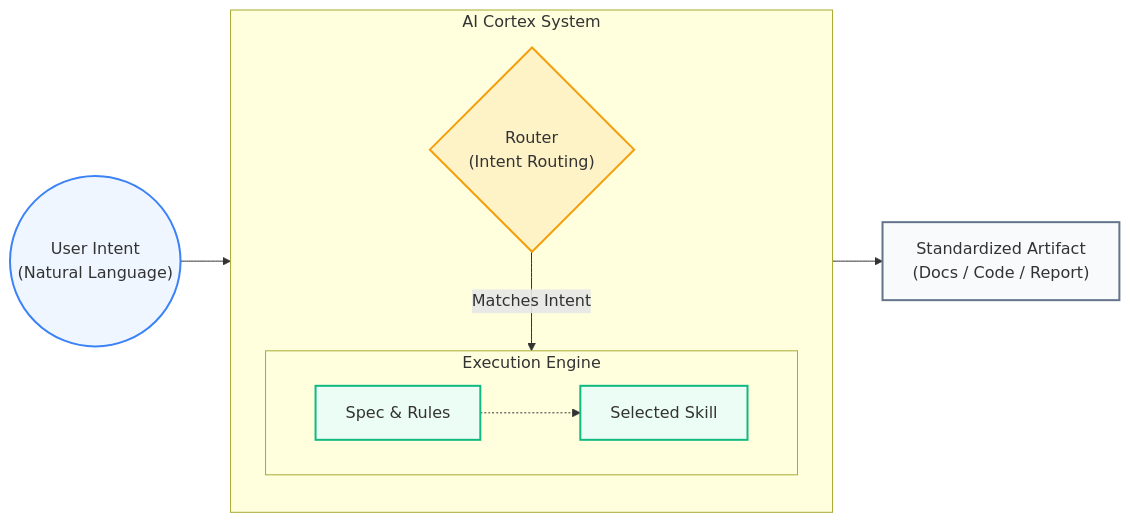
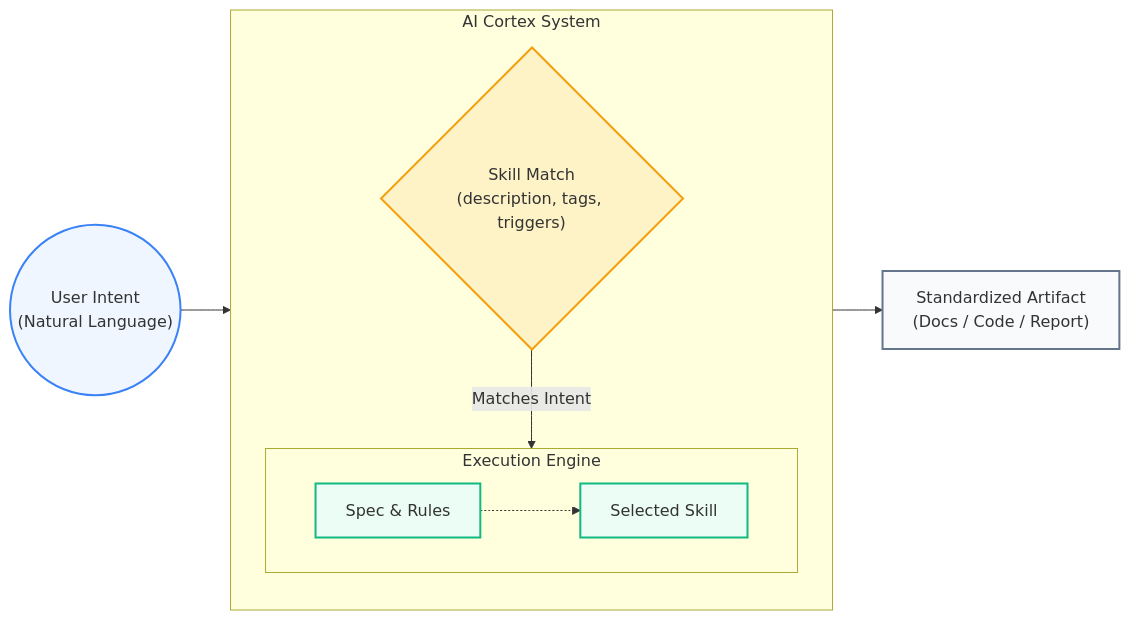
The diagram in README.md (nesnilnehc/ai-cortex), drawn with Mermaid before and after one commit. The commit also changed other lines of this file and 55 other files, not shown here.

First line of the commit message:
chore: deprecate intent-routing, add skills and docs

````diff
--- a/README.md
+++ b/README.md
@@ -9,28 +9,28 @@
 ```mermaid
 flowchart LR
     %% Style Definitions
     classDef user fill:#eff6ff,stroke:#3b82f6,stroke-width:2px;
     classDef system fill:#fef3c7,stroke:#f59e0b,stroke-width:2px;
     classDef core fill:#ecfdf5,stroke:#10b981,stroke-width:2px;
     classDef out fill:#f8fafc,stroke:#64748b,stroke-width:2px;
 
     %% Nodes
     Intent(("User Intent<br/>(Natural Language)")):::user
     
     subgraph Cortex [AI Cortex System]
         direction TB
-        Router{"Router<br/>(Intent Routing)"}:::system
+        Router{"Skill Match<br/>(description, tags, triggers)"}:::system
         
         subgraph Execution [Execution Engine]
             direction LR
             Spec[Spec & Rules]:::core -.-> Skill[Selected Skill]:::core
         end
     end
 
     Artifact["Standardized Artifact<br/>(Docs / Code / Report)"]:::out
 
     %% Flow
     Intent --> Router
     Router -- Matches Intent --> Skill
     Skill --> Artifact
 ```
````
